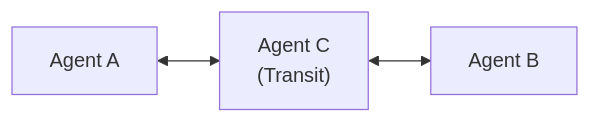
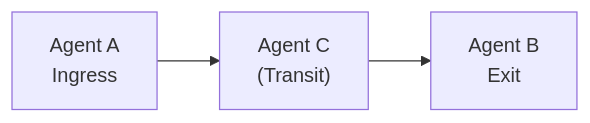
The second of 2 diagrams in docs/docs/getting-started/first-mesh.md (Muti-Metroo/Muti-Metroo), drawn with Mermaid before and after one commit. The commit also changed other lines of this file and 156 other files, not shown here.

````diff
--- a/docs/docs/getting-started/first-mesh.md
+++ b/docs/docs/getting-started/first-mesh.md
@@ -251,4 +213,4 @@
 ```mermaid
 flowchart LR
-    A[Agent A] <--> C["Agent C<br/>(Transit)"] <--> B[Agent B]
+    A[Agent A<br/>Ingress] --> C["Agent C<br/>(Transit)"] --> B[Agent B<br/>Exit]
 ```
````
